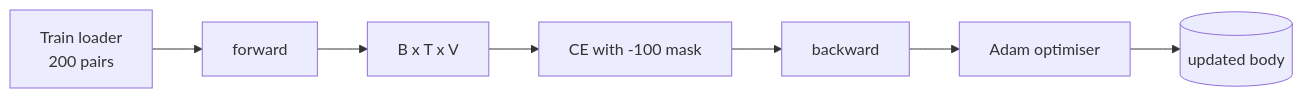
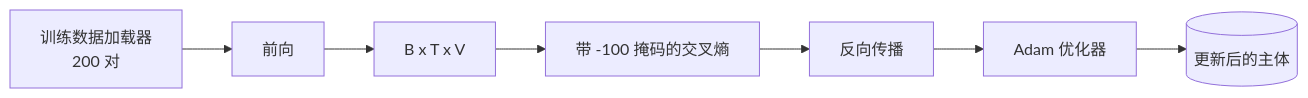
Before and after one commit to alessandrodinisio-ai/ai-engineering-learning-framework: the third of 3 diagrams in phases/19-capstone-projects/39-instruction-tuning-sft/docs/zh.md, drawn with Mermaid. The commit also changed other lines of this file and 120 other files, not shown here.

First line of the commit message:
i18n(mermaid): 337 个 mermaid 图表标签中文化

````diff
--- a/phases/19-capstone-projects/39-instruction-tuning-sft/docs/zh.md
+++ b/phases/19-capstone-projects/39-instruction-tuning-sft/docs/zh.md
@@ -100,9 +100,9 @@
 ```mermaid
 flowchart LR
-  DL[Train loader<br/>200 pairs] --> Fwd[forward]
+  DL[训练数据加载器<br/>200 对] --> Fwd[前向]
   Fwd --> Logits[B x T x V]
-  Logits --> Loss[CE with -100 mask]
-  Loss --> Bwd[backward]
-  Bwd --> Opt[Adam optimiser]
-  Opt --> Body[(updated body)]
+  Logits --> Loss[带 -100 掩码的交叉熵]
+  Loss --> Bwd[反向传播]
+  Bwd --> Opt[Adam 优化器]
+  Opt --> Body[(更新后的主体)]
 ```
````
